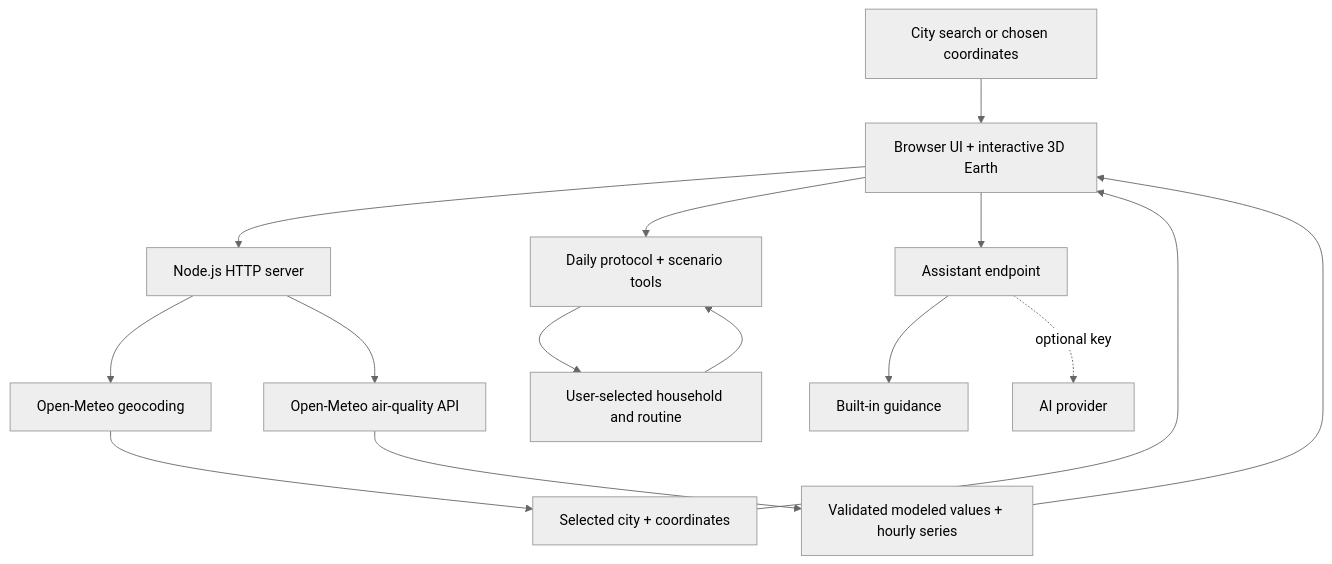
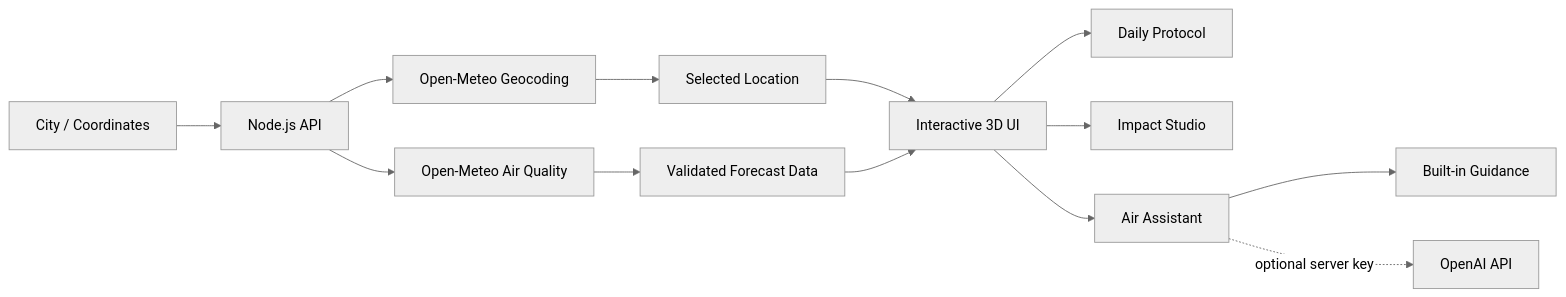
Before and after one commit to adarshmuchatte-lang/aerowise-air-quality-assistant: the diagram in README.md, drawn with Mermaid (neutral theme). The commit also changed other lines of this file, not shown here.

````diff
--- a/README.md
+++ b/README.md
@@ -153,17 +112,15 @@
 ```mermaid
-flowchart TD
-    U[City search or chosen coordinates] --> UI[Browser UI + interactive 3D Earth]
-    UI --> API[Node.js HTTP server]
-    API --> GEO[Open-Meteo geocoding]
-    API --> AIR[Open-Meteo air-quality API]
-    GEO --> LOC[Selected city + coordinates]
-    AIR --> DATA[Validated modeled values + hourly series]
-    LOC --> UI
-    DATA --> UI
-    UI --> PLAN[Daily protocol + scenario tools]
-    PLAN --> PREF[User-selected household and routine]
-    PREF --> PLAN
-    UI --> ADV[Assistant endpoint]
-    ADV --> LOCAL[Built-in guidance]
-    ADV -. optional key .-> MODEL[AI provider]
+flowchart LR
+    A[City / Coordinates] --> B[Node.js API]
+    B --> C[Open-Meteo Geocoding]
+    B --> D[Open-Meteo Air Quality]
+    C --> E[Selected Location]
+    D --> F[Validated Forecast Data]
+    E --> G[Interactive 3D UI]
+    F --> G
+    G --> H[Daily Protocol]
+    G --> I[Impact Studio]
+    G --> J[Air Assistant]
+    J --> K[Built-in Guidance]
+    J -. optional server key .-> L[OpenAI API]
 ```
````
